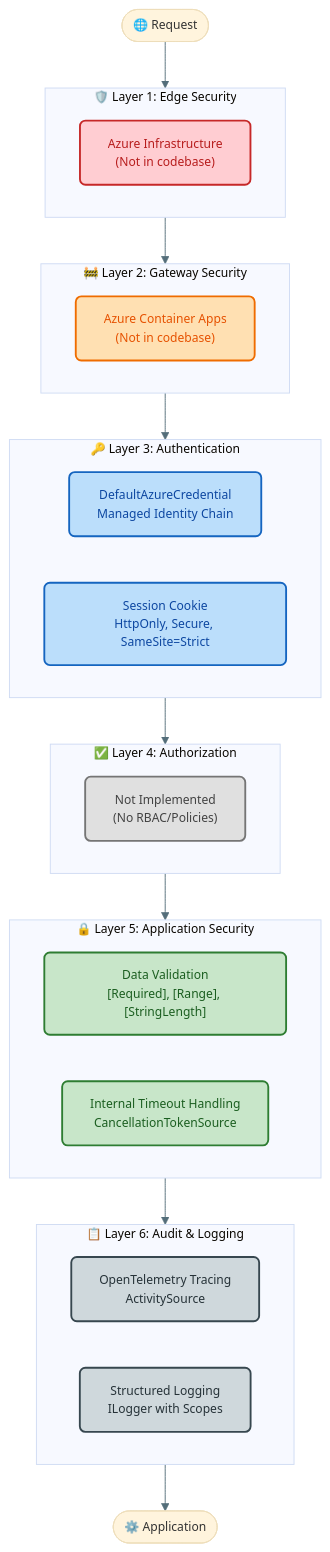
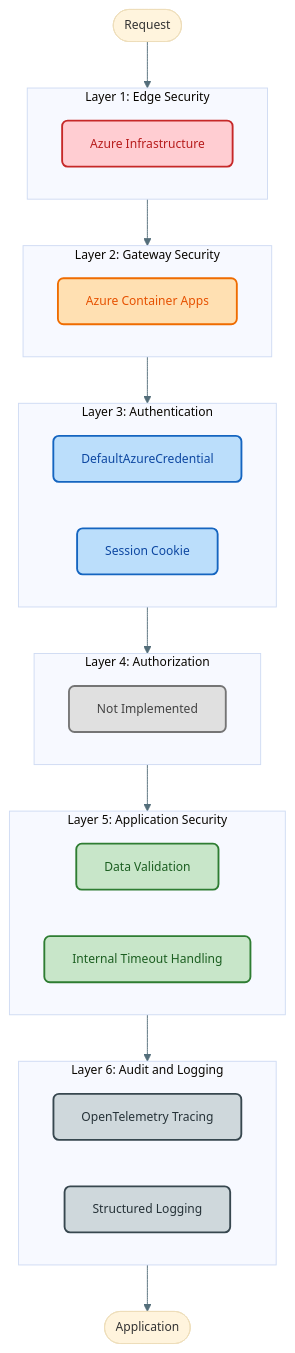
One commit to Evilazaro/Azure-LogicApps-Monitoring changed the eighth of 9 diagrams in docs/architecture/application-architecture.md. Above: the diagram before and after it, drawn with Mermaid. The commit also changed other lines of this file, not shown here.

Commit message:
docs: enhance application architecture documentation with updated diagrams and improved clarity

````diff
--- a/docs/architecture/application-architecture.md
+++ b/docs/architecture/application-architecture.md
@@ -632,61 +669,61 @@
 ```mermaid
 %%{init: {
   'theme': 'base',
   'themeVariables': {
     'fontFamily': 'Segoe UI, Roboto, Helvetica Neue, Arial, sans-serif',
     'fontSize': '13px',
     'lineColor': '#546e7a',
     'textColor': '#263238'
   }
 }}%%
 flowchart TB
-    subgraph layer_edge["🛡️ Layer 1: Edge Security"]
-        sec_infra["Azure Infrastructure<br/>(Not in codebase)"]
+    subgraph layer_edge["Layer 1: Edge Security"]
+        sec_infra["Azure Infrastructure"]
     end
 
-    subgraph layer_gateway["🚧 Layer 2: Gateway Security"]
-        sec_gateway["Azure Container Apps<br/>(Not in codebase)"]
+    subgraph layer_gateway["Layer 2: Gateway Security"]
+        sec_gateway["Azure Container Apps"]
     end
 
-    subgraph layer_authn["🔑 Layer 3: Authentication"]
-        sec_credential["DefaultAzureCredential<br/>Managed Identity Chain"]
-        sec_session["Session Cookie<br/>HttpOnly, Secure, SameSite=Strict"]
+    subgraph layer_authn["Layer 3: Authentication"]
+        sec_credential["DefaultAzureCredential"]
+        sec_session["Session Cookie"]
     end
 
-    subgraph layer_authz["✅ Layer 4: Authorization"]
-        sec_authz["Not Implemented<br/>(No RBAC/Policies)"]
+    subgraph layer_authz["Layer 4: Authorization"]
+        sec_authz["Not Implemented"]
     end
 
-    subgraph layer_app["🔒 Layer 5: Application Security"]
-        sec_validation["Data Validation<br/>[Required], [Range], [StringLength]"]
-        sec_timeout["Internal Timeout Handling<br/>CancellationTokenSource"]
+    subgraph layer_app["Layer 5: Application Security"]
+        sec_validation["Data Validation"]
+        sec_timeout["Internal Timeout Handling"]
     end
 
-    subgraph layer_audit["📋 Layer 6: Audit & Logging"]
-        sec_otel["OpenTelemetry Tracing<br/>ActivitySource"]
-        sec_logging["Structured Logging<br/>ILogger with Scopes"]
+    subgraph layer_audit["Layer 6: Audit and Logging"]
+        sec_otel["OpenTelemetry Tracing"]
+        sec_logging["Structured Logging"]
     end
 
-    Request([🌐 Request]) --> layer_edge
+    Request([Request]) --> layer_edge
     layer_edge --> layer_gateway
     layer_gateway --> layer_authn
     layer_authn --> layer_authz
     layer_authz --> layer_app
     layer_app --> layer_audit
-    layer_audit --> App([⚙️ Application])
+    layer_audit --> App([Application])
 
     classDef edge fill:#FFCDD2,stroke:#C62828,stroke-width:2px,color:#B71C1C,rx:6,ry:6
     classDef gateway fill:#FFE0B2,stroke:#EF6C00,stroke-width:2px,color:#E65100,rx:6,ry:6
     classDef authn fill:#BBDEFB,stroke:#1565C0,stroke-width:2px,color:#0D47A1,rx:6,ry:6
     classDef authz fill:#E1BEE7,stroke:#6A1B9A,stroke-width:2px,color:#4A148C,rx:6,ry:6
     classDef appsec fill:#C8E6C9,stroke:#2E7D32,stroke-width:2px,color:#1B5E20,rx:6,ry:6
     classDef audit fill:#CFD8DC,stroke:#37474F,stroke-width:2px,color:#263238,rx:6,ry:6
     classDef notimpl fill:#E0E0E0,stroke:#757575,stroke-width:2px,color:#424242,rx:6,ry:6
 
     class sec_infra edge
     class sec_gateway gateway
     class sec_credential,sec_session authn
     class sec_authz notimpl
     class sec_validation,sec_timeout appsec
     class sec_otel,sec_logging audit
 ```
````
